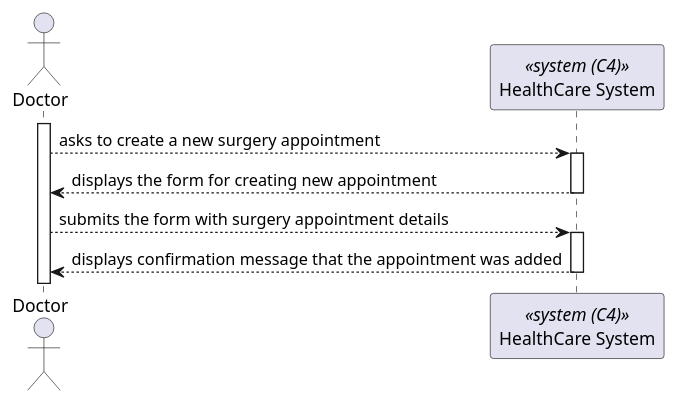
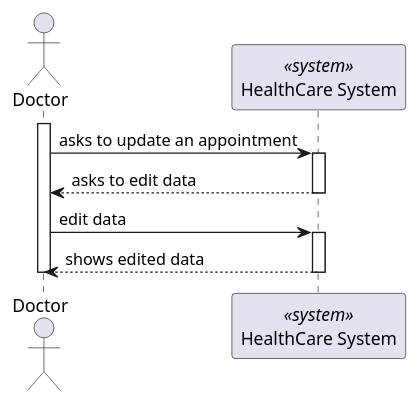
One commit to Lapr5G21/sem5pi-24-25-3ddg21 changed the diagram in docs/sprintC/EditAppointment/views/level1/process-view.puml. Above: the diagram before and after it, drawn with PlantUML. The commit also changed 9 other files, not shown here.

Commit message:
edit appointment documentation #87

```diff
--- a/docs/sprintC/EditAppointment/views/level1/process-view.puml
+++ b/docs/sprintC/EditAppointment/views/level1/process-view.puml
@@ -1,20 +1,26 @@
-@startuml AppointmentCreation(level1)
+@startuml EditAppointment(level1)
 
 actor Doctor as "Doctor"
-participant SYS as "HealthCare System" <<system (C4)>>
+participant SYS as "HealthCare System" <<system>>
 
-activate Doctor 
-Doctor --> SYS : asks to create a new surgery appointment 
+activate Doctor
 
-activate SYS 
-SYS --> Doctor : displays the form for creating new appointment
-deactivate SYS
+    Doctor -> SYS : asks to update an appointment
+    
+    activate SYS
 
-Doctor --> SYS : submits the form with surgery appointment details
+        SYS --> Doctor : asks to edit data
 
-activate SYS
-SYS --> Doctor : displays confirmation message that the appointment was added
+    deactivate SYS
 
-deactivate SYS
+    Doctor -> SYS : edit data
+
+    activate SYS 
+        SYS --> Doctor: shows edited data
+        
+    deactivate SYS
+
+deactivate Doctor
+
 
 @enduml
```
